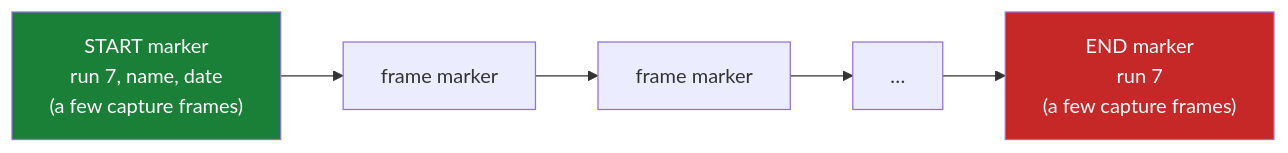
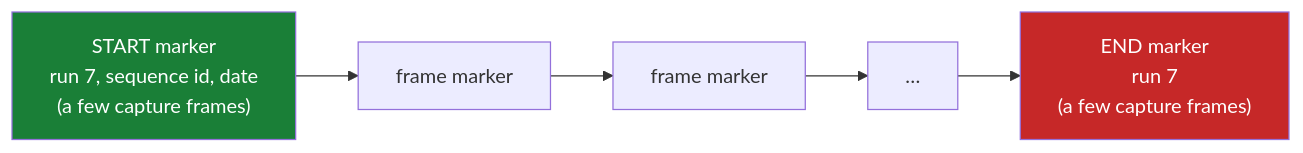
Before and after one commit to Unarmed1000/mb-framepacing: the third of 4 diagrams in README.md, drawn with Mermaid. The commit also changed other lines of this file and 151 other files, not shown here.

````diff
--- a/README.md
+++ b/README.md
@@ -166,6 +166,6 @@
 ```mermaid
 flowchart LR
-    S["START marker<br/>run 7, name, date<br/>(a few capture frames)"] --> F1[frame marker] --> F2[frame marker] --> F3[" … "] --> E["END marker<br/>run 7<br/>(a few capture frames)"]
+    S["START marker<br/>run 7, sequence id, date<br/>(a few capture frames)"] --> F1[frame marker] --> F2[frame marker] --> F3[" … "] --> E["END marker<br/>run 7<br/>(a few capture frames)"]
     style S fill:#1a7f37,color:#fff
     style E fill:#c62828,color:#fff
 ```
````
